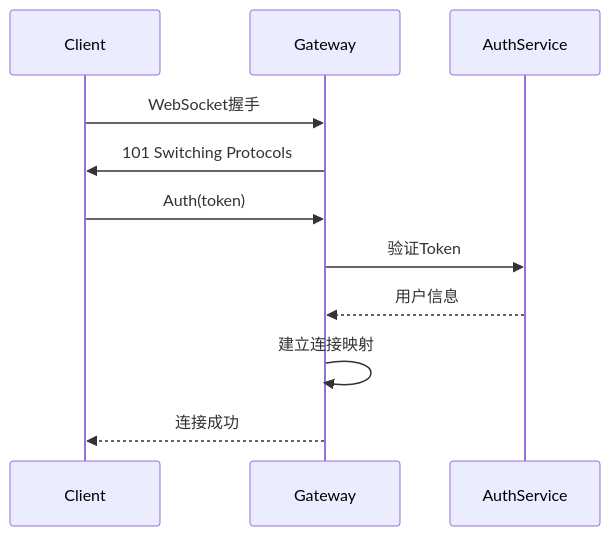
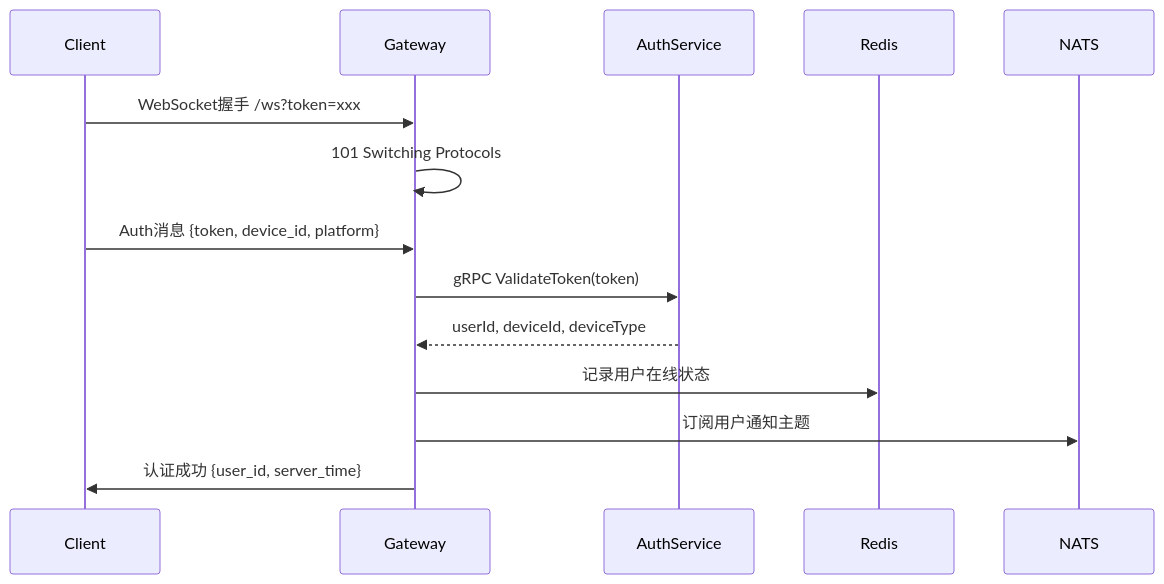
Before and after one commit to yzhgit/anychat-server: the first of 4 diagrams in docs/design/gateway/websocket.md, drawn with Mermaid. The commit also changed other lines of this file and 30 other files, not shown here.

First line of the commit message:
docs: 更新设计文档时序图，添加Gateway和NATS参与者

````diff
--- a/docs/design/gateway/websocket.md
+++ b/docs/design/gateway/websocket.md
@@ -19,14 +19,17 @@
 ```mermaid
 sequenceDiagram
     participant Client
     participant Gateway
     participant AuthService
+    participant Redis
+    participant NATS
 
-    Client->>Gateway: WebSocket握手
-    Gateway->>Client: 101 Switching Protocols
-    Client->>Gateway: Auth(token)
-    Gateway->>AuthService: 验证Token
-    AuthService-->>Gateway: 用户信息
-    Gateway->>Gateway: 建立连接映射
-    Gateway-->>Client: 连接成功
+    Client->>Gateway: WebSocket握手 /ws?token=xxx
+    Gateway->>Gateway: 101 Switching Protocols
+    Client->>Gateway: Auth消息 {token, device_id, platform}
+    Gateway->>AuthService: gRPC ValidateToken(token)
+    AuthService-->>Gateway: userId, deviceId, deviceType
+    Gateway->>Redis: 记录用户在线状态
+    Gateway->>NATS: 订阅用户通知主题
+    Gateway->>Client: 认证成功 {user_id, server_time}
 ```
````
